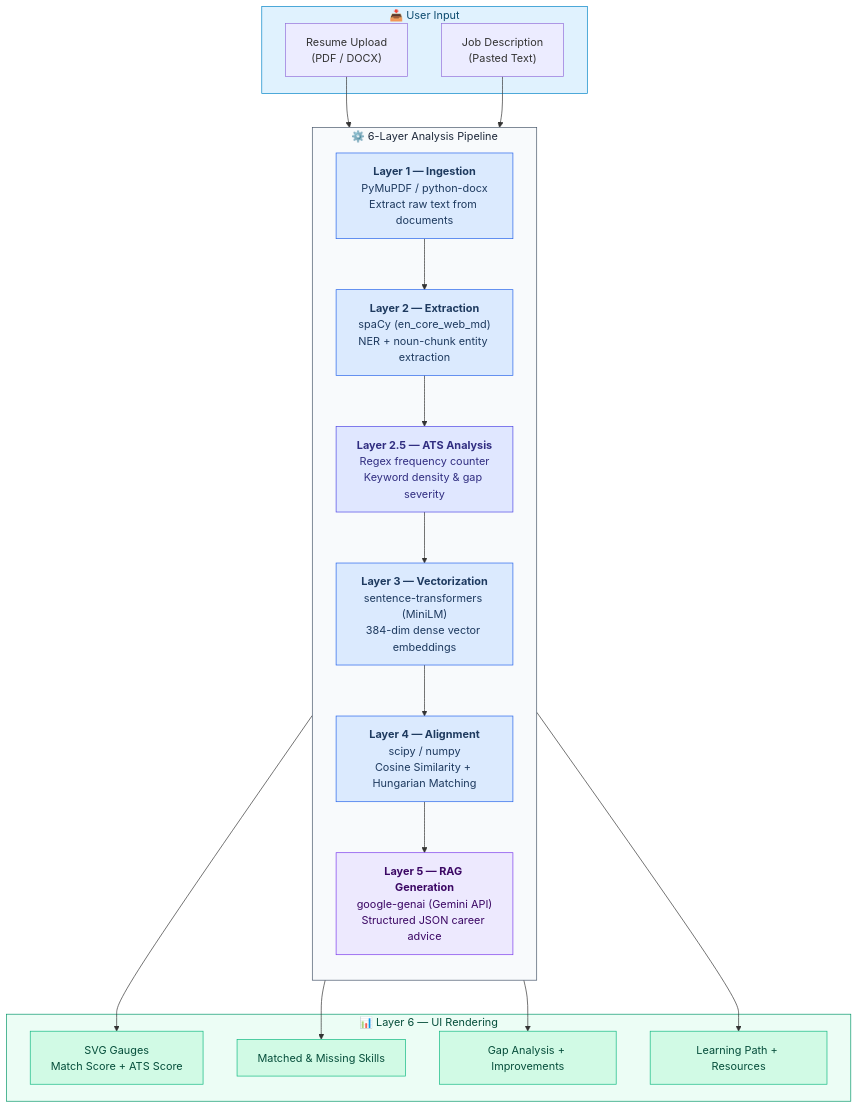
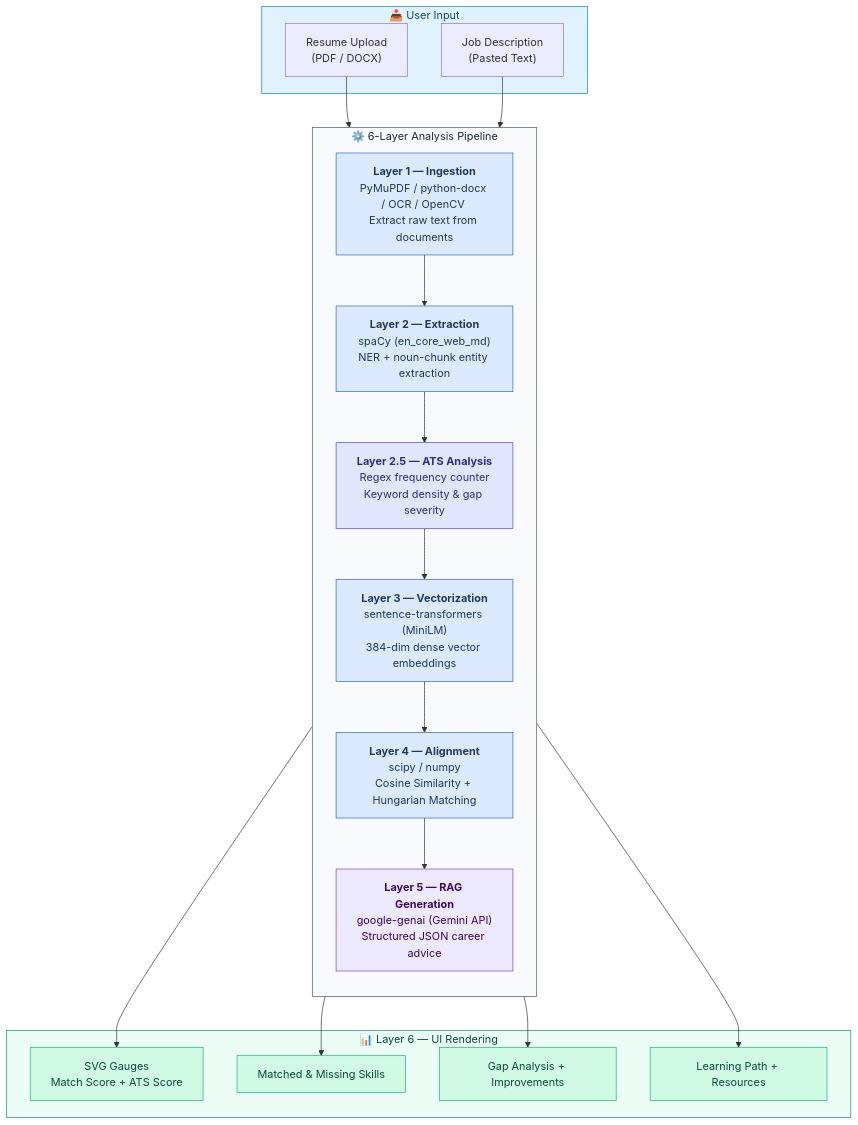
The diagram in README.md (MiniProjectTrio/vibeonjob), drawn with Mermaid before and after one commit.

Commit message:
Update Layer 1 description to include OCR and OpenCV

````diff
--- a/README.md
+++ b/README.md
@@ -9,50 +9,50 @@
 ```mermaid
 flowchart TB
     subgraph INPUT["📥 User Input"]
         A["Resume Upload<br/>(PDF / DOCX)"]
         B["Job Description<br/>(Pasted Text)"]
     end
 
     subgraph PIPELINE["⚙️ 6-Layer Analysis Pipeline"]
         direction TB
-        L1["<b>Layer 1 — Ingestion</b><br/>PyMuPDF / python-docx<br/>Extract raw text from documents"]
+        L1["<b>Layer 1 — Ingestion</b><br/>PyMuPDF / python-docx / OCR / OpenCV <br/>Extract raw text from documents"]
         L2["<b>Layer 2 — Extraction</b><br/>spaCy (en_core_web_md)<br/>NER + noun-chunk entity extraction"]
         L25["<b>Layer 2.5 — ATS Analysis</b><br/>Regex frequency counter<br/>Keyword density & gap severity"]
         L3["<b>Layer 3 — Vectorization</b><br/>sentence-transformers (MiniLM)<br/>384-dim dense vector embeddings"]
         L4["<b>Layer 4 — Alignment</b><br/>scipy / numpy<br/>Cosine Similarity + Hungarian Matching"]
         L5["<b>Layer 5 — RAG Generation</b><br/>google-genai (Gemini API)<br/>Structured JSON career advice"]
     end
 
     subgraph OUTPUT["📊 Layer 6 — UI Rendering"]
         R1["SVG Gauges<br/>Match Score + ATS Score"]
         R2["Matched & Missing Skills"]
         R3["Gap Analysis + Improvements"]
         R4["Learning Path + Resources"]
     end
 
     A --> L1
     B --> L1
     L1 --> L2
     L2 --> L25
     L25 --> L3
     L3 --> L4
     L4 --> L5
     L5 --> R1
     L5 --> R2
     L5 --> R3
     L5 --> R4
 
     style INPUT fill:#e0f2fe,stroke:#0284c7,color:#0c4a6e
     style PIPELINE fill:#f8fafc,stroke:#475569,color:#1e293b
     style OUTPUT fill:#ecfdf5,stroke:#059669,color:#064e3b
     style L1 fill:#dbeafe,stroke:#2563eb,color:#1e3a5f
     style L2 fill:#dbeafe,stroke:#2563eb,color:#1e3a5f
     style L25 fill:#e0e7ff,stroke:#4f46e5,color:#312e81
     style L3 fill:#dbeafe,stroke:#2563eb,color:#1e3a5f
     style L4 fill:#dbeafe,stroke:#2563eb,color:#1e3a5f
     style L5 fill:#ede9fe,stroke:#7c3aed,color:#3b0764
     style R1 fill:#d1fae5,stroke:#10b981,color:#064e3b
     style R2 fill:#d1fae5,stroke:#10b981,color:#064e3b
     style R3 fill:#d1fae5,stroke:#10b981,color:#064e3b
     style R4 fill:#d1fae5,stroke:#10b981,color:#064e3b
 ```
````
